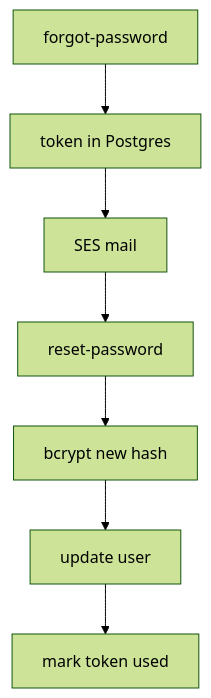
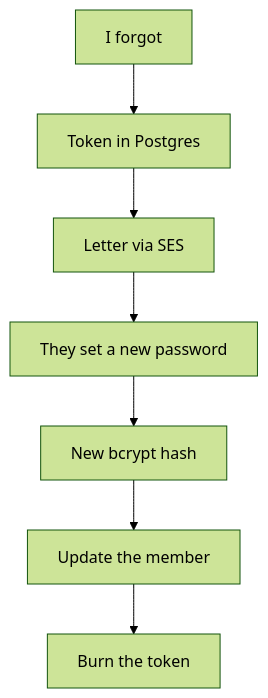
One commit to sreecharan-desu/hackx-slides changed the diagram in content/tracks/backend-from-zero/lessons/17-forgot-reset.md. Above: the diagram before and after it, drawn with Mermaid (forest theme). The commit also changed other lines of this file and 35 other files, not shown here.

````diff
--- a/content/tracks/backend-from-zero/lessons/17-forgot-reset.md
+++ b/content/tracks/backend-from-zero/lessons/17-forgot-reset.md
@@ -10,9 +12,9 @@
 ```mermaid
 flowchart TB
-  F[forgot-password] --> T[token in Postgres]
-  T --> S[SES mail]
-  S --> R[reset-password]
-  R --> H[bcrypt new hash]
-  H --> U[update user]
-  U --> X[mark token used]
+  F[I forgot] --> T[Token in Postgres]
+  T --> S[Letter via SES]
+  S --> R[They set a new password]
+  R --> H[New bcrypt hash]
+  H --> U[Update the member]
+  U --> X[Burn the token]
 ```
````
